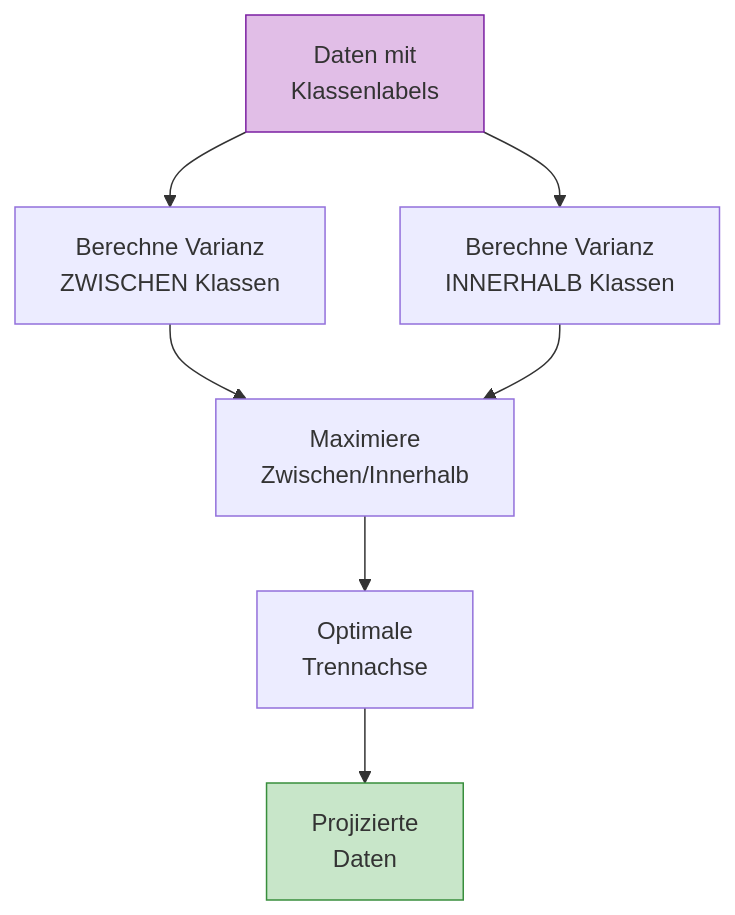
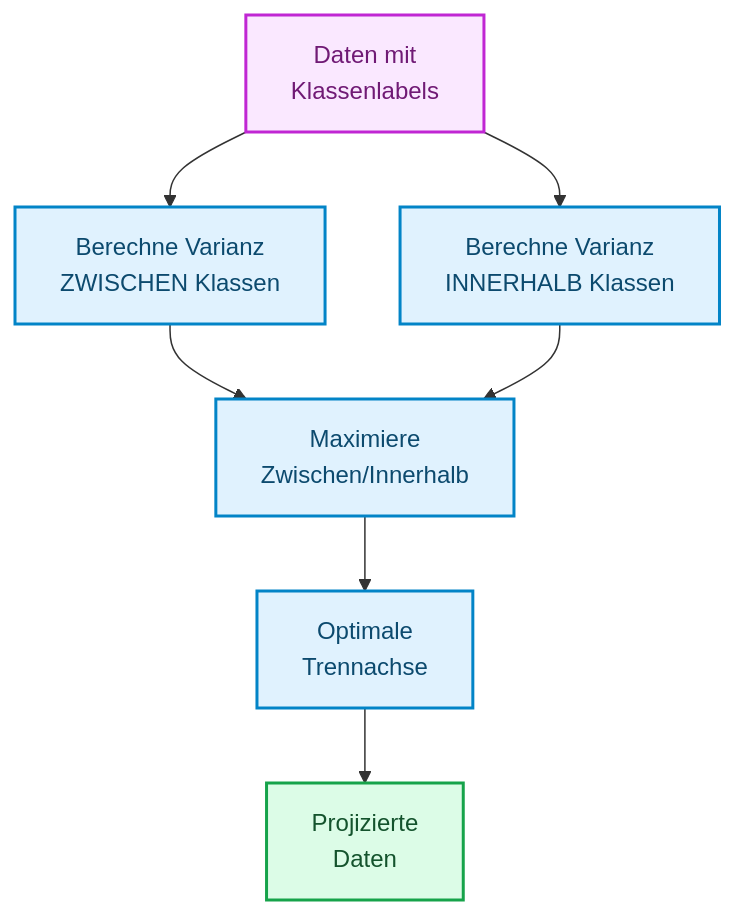
The second of 5 diagrams in docs/concepts/modeling/pca-lda.md (ralf-42/ML_Intro), drawn with Mermaid before and after one commit. The commit also changed other lines of this file and 67 other files, not shown here.

````diff
--- a/docs/concepts/modeling/pca-lda.md
+++ b/docs/concepts/modeling/pca-lda.md
@@ -109,12 +112,15 @@
 ```mermaid
 flowchart TD
     A["Daten mit<br/>Klassenlabels"] --> B["Berechne Varianz<br/>ZWISCHEN Klassen"]
     A --> C["Berechne Varianz<br/>INNERHALB Klassen"]
     B --> D["Maximiere<br/>Zwischen/Innerhalb"]
     C --> D
     D --> E["Optimale<br/>Trennachse"]
     E --> F["Projizierte<br/>Daten"]
-    
-    style A fill:#e1bee7,stroke:#7b1fa2
-    style F fill:#c8e6c9,stroke:#388e3c
+
+    classDef default fill:#e0f2fe,stroke:#0284c7,stroke-width:2px,color:#0c4a6e;
+    classDef output fill:#dcfce7,stroke:#16a34a,stroke-width:2px,color:#14532d;
+    classDef target fill:#fae8ff,stroke:#c026d3,stroke-width:2px,color:#701a75;
+    class F output;
+    class A target;
 ```
````
